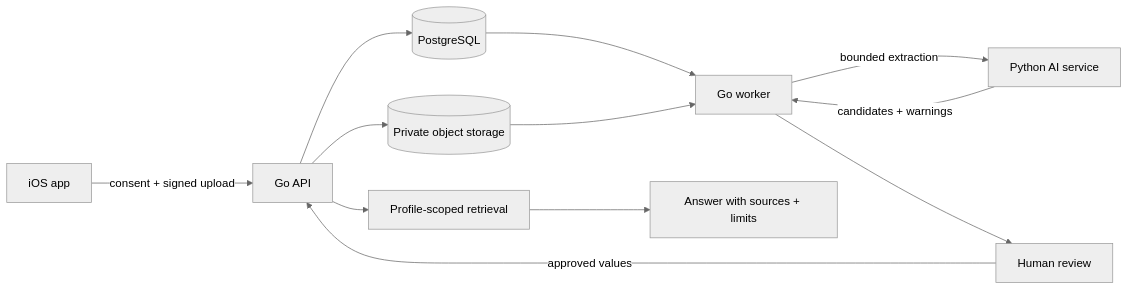
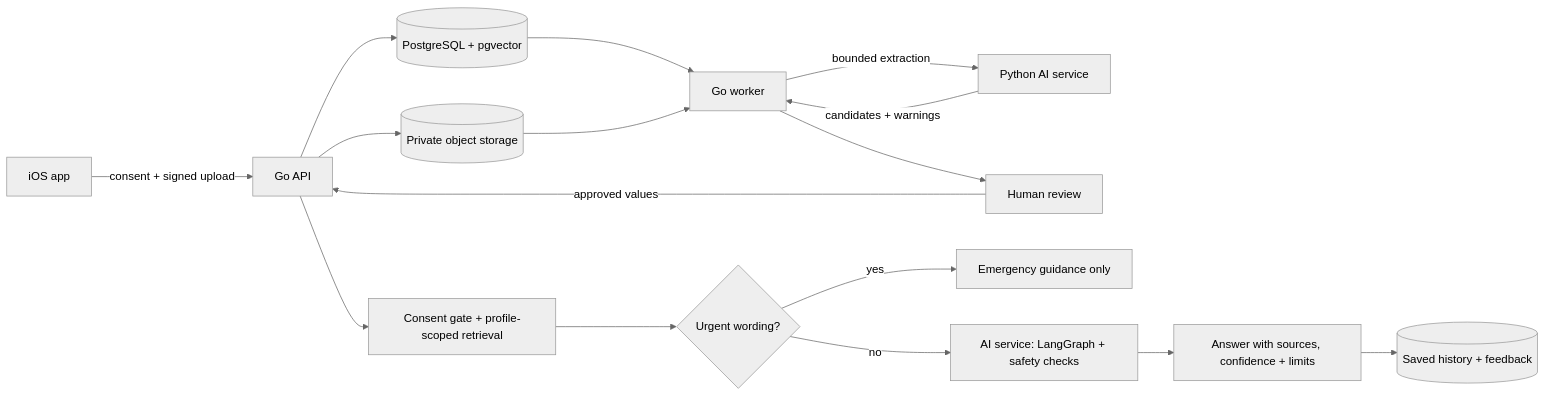
Before and after one commit to sahil0017/HealthAgentApp: the diagram in README.md, drawn with Mermaid (neutral theme). The commit also changed other lines of this file and 1 other file, not shown here.

````diff
--- a/README.md
+++ b/README.md
@@ -29,14 +35,18 @@
 ```mermaid
 flowchart LR
     A["iOS app"] -->|"consent + signed upload"| B["Go API"]
-    B --> C[("PostgreSQL")]
+    B --> C[("PostgreSQL + pgvector")]
     B --> D[("Private object storage")]
     C --> E["Go worker"]
     D --> E
     E -->|"bounded extraction"| F["Python AI service"]
     F -->|"candidates + warnings"| E
     E --> G["Human review"]
     G -->|"approved values"| B
-    B --> H["Profile-scoped retrieval"]
-    H --> I["Answer with sources + limits"]
+    B --> H["Consent gate + profile-scoped retrieval"]
+    H --> T{"Urgent wording?"}
+    T -->|"yes"| U["Emergency guidance only"]
+    T -->|"no"| F2["AI service: LangGraph + safety checks"]
+    F2 --> I["Answer with sources, confidence + limits"]
+    I --> J[("Saved history + feedback")]
 ```
````
